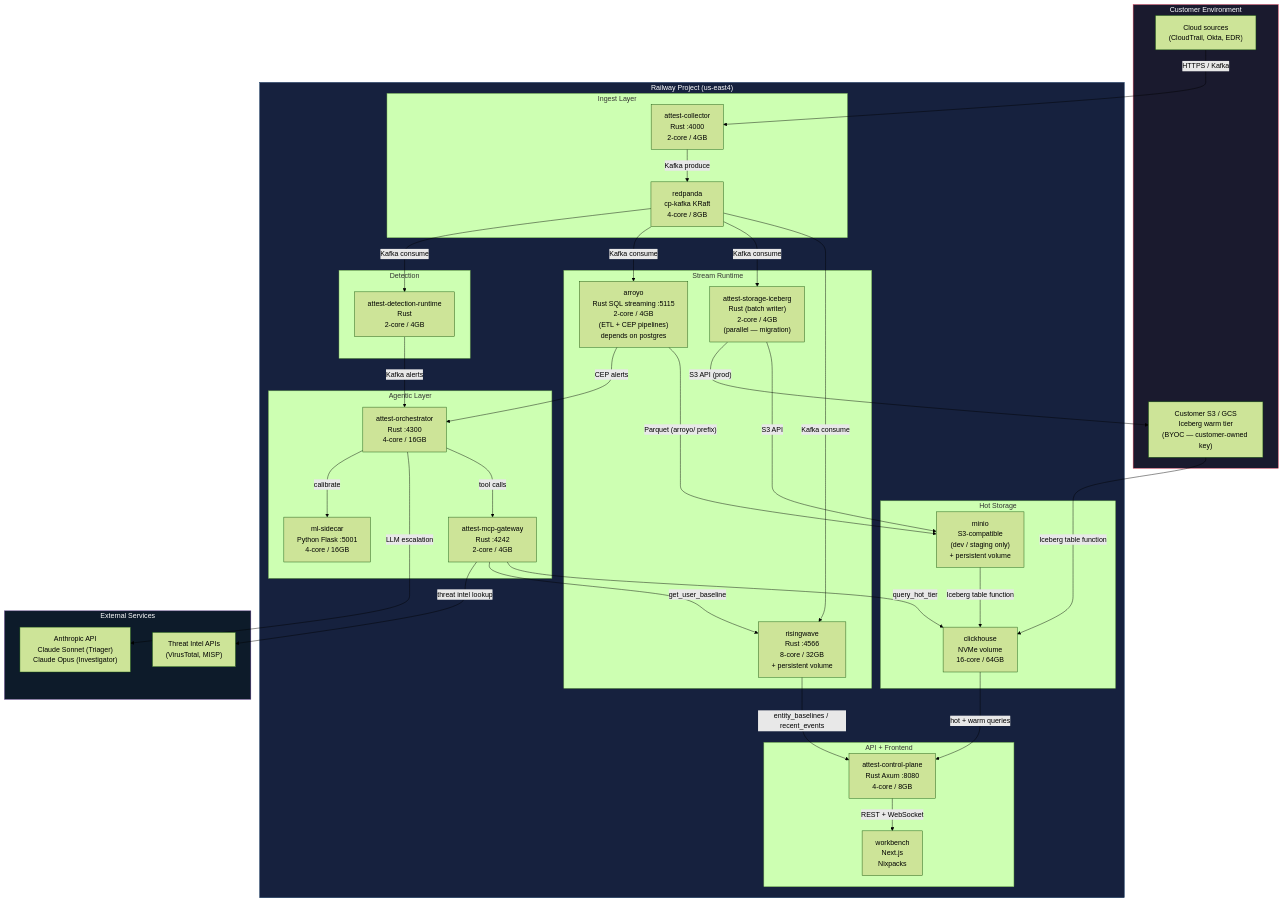
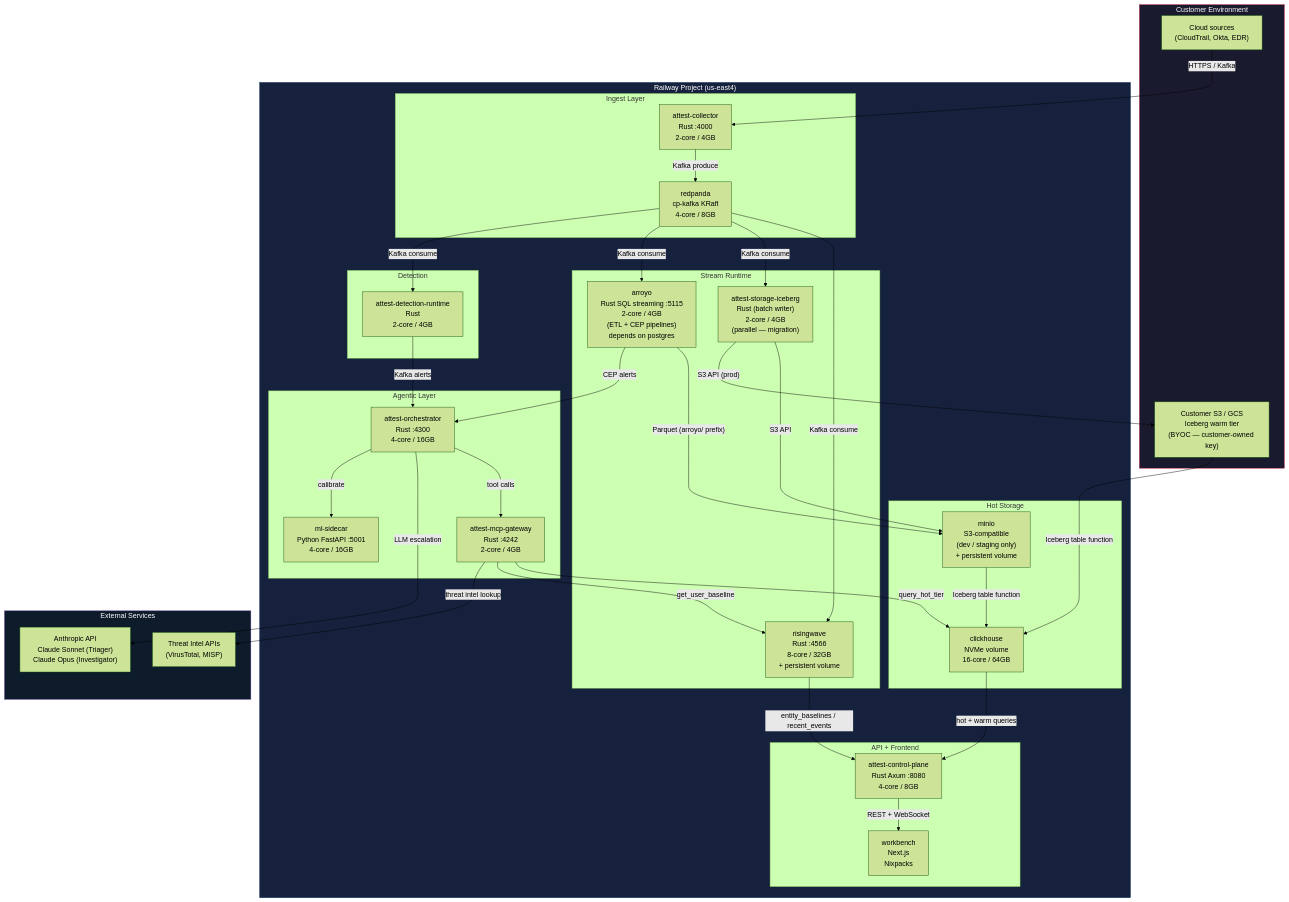
Before and after one commit to mhomaid/attest: the tenth of 12 diagrams in docs/03_Architecture_Diagrams.md, drawn with Mermaid (forest theme). The commit also changed other lines of this file and 68 other files, not shown here.

````diff
--- a/docs/03_Architecture_Diagrams.md
+++ b/docs/03_Architecture_Diagrams.md
@@ -669,72 +669,72 @@
 ```mermaid
 flowchart TB
     subgraph Customer["Customer Environment"]
         SOURCES["Cloud sources\n(CloudTrail, Okta, EDR)"]
         S3["Customer S3 / GCS\nIceberg warm tier\n(BYOC — customer-owned key)"]
     end
 
     subgraph Railway["Railway Project (us-east4)"]
         subgraph Ingest["Ingest Layer"]
             COL["attest-collector\nRust :4000\n2-core / 4GB"]
             RP["redpanda\ncp-kafka KRaft\n4-core / 8GB"]
         end
 
         subgraph Stream["Stream Runtime"]
             RW["risingwave\nRust :4566\n8-core / 32GB\n+ persistent volume"]
             IW["attest-storage-iceberg\nRust (batch writer)\n2-core / 4GB\n(parallel — migration)"]
             ARR["arroyo\nRust SQL streaming :5115\n2-core / 4GB\n(ETL + CEP pipelines)\ndepends on postgres"]
         end
 
         subgraph Storage["Hot Storage"]
             CH["clickhouse\nNVMe volume\n16-core / 64GB"]
             MINIO["minio\nS3-compatible\n(dev / staging only)\n+ persistent volume"]
         end
 
         subgraph AgentLayer["Agentic Layer"]
             ORCH["attest-orchestrator\nRust :4300\n4-core / 16GB"]
             MCP_GW["attest-mcp-gateway\nRust :4242\n2-core / 4GB"]
-            ML["ml-sidecar\nPython Flask :5001\n4-core / 16GB"]
+            ML["ml-sidecar\nPython FastAPI :5001\n4-core / 16GB"]
         end
 
         subgraph API["API + Frontend"]
             CP["attest-control-plane\nRust Axum :8080\n4-core / 8GB"]
             WB["workbench\nNext.js\nNixpacks"]
         end
 
         subgraph Detection["Detection"]
             DR["attest-detection-runtime\nRust\n2-core / 4GB"]
         end
     end
 
     subgraph External["External Services"]
         ANT["Anthropic API\nClaude Sonnet (Triager)\nClaude Opus (Investigator)"]
         TI_EXT["Threat Intel APIs\n(VirusTotal, MISP)"]
     end
 
     SOURCES -->|"HTTPS / Kafka"| COL
     COL -->|"Kafka produce"| RP
     RP -->|"Kafka consume"| RW
     RP -->|"Kafka consume"| IW
     RP -->|"Kafka consume"| ARR
     RP -->|"Kafka consume"| DR
     IW -->|"S3 API"| MINIO
     IW -->|"S3 API (prod)"| S3
     ARR -->|"Parquet (arroyo/ prefix)"| MINIO
     ARR -->|"CEP alerts"| ORCH
     MINIO -->|"Iceberg table function"| CH
     S3 -->|"Iceberg table function"| CH
     RW -->|"entity_baselines / recent_events"| CP
     CH -->|"hot + warm queries"| CP
     DR -->|"Kafka alerts"| ORCH
     ORCH -->|"tool calls"| MCP_GW
     MCP_GW -->|"query_hot_tier"| CH
     MCP_GW -->|"get_user_baseline"| RW
     ORCH -->|"LLM escalation"| ANT
     MCP_GW -->|"threat intel lookup"| TI_EXT
     ORCH -->|"calibrate"| ML
     CP -->|"REST + WebSocket"| WB
 
     style Customer fill:#1a1a2e,stroke:#e94560,color:#fff
     style Railway fill:#16213e,stroke:#0f3460,color:#fff
     style External fill:#0d1b2a,stroke:#533483,color:#fff
 ```
````
